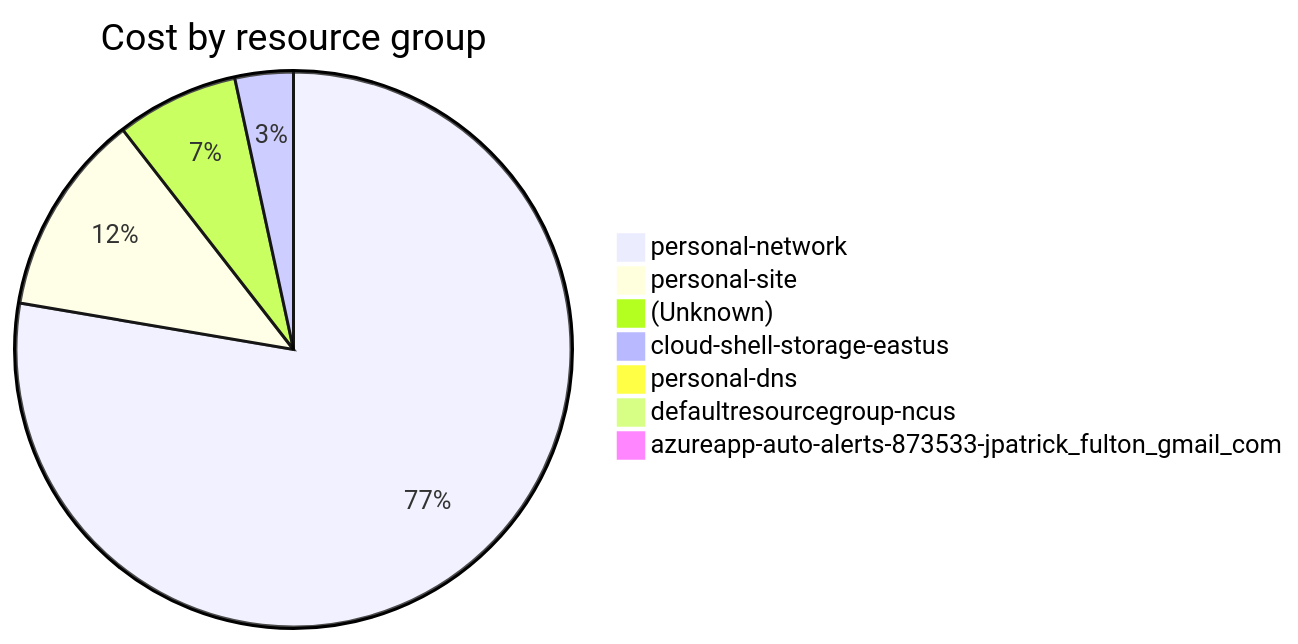
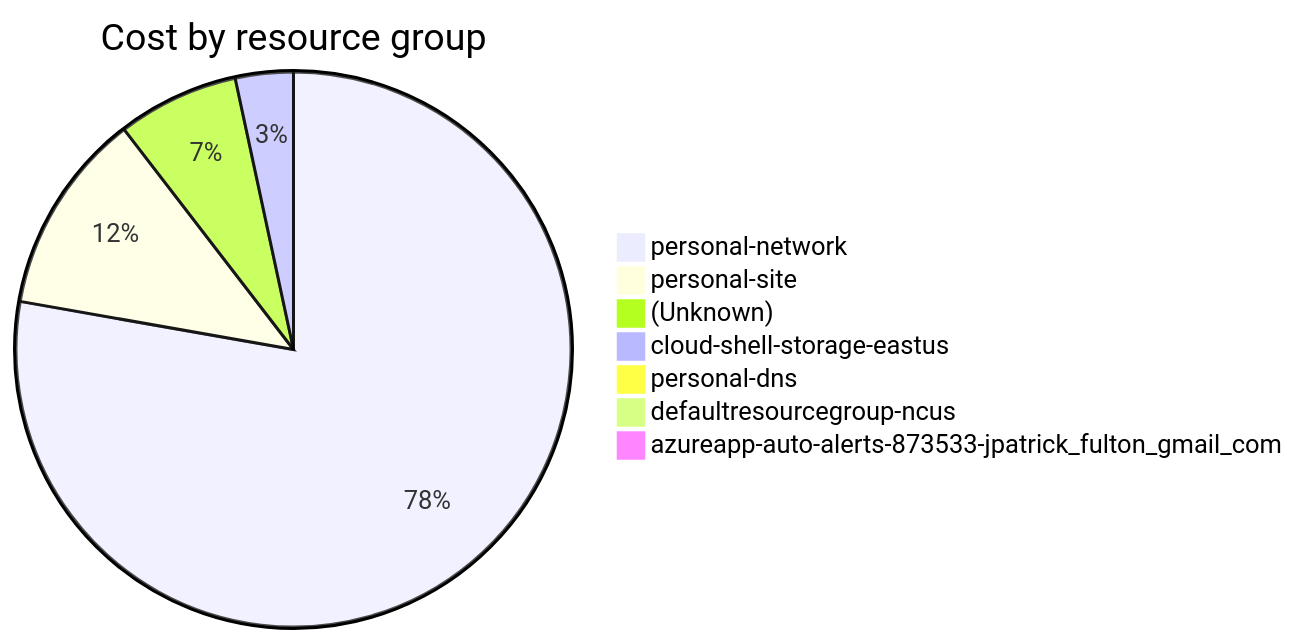
One commit to jpfulton/azure-personal-reports changed the fourth of 4 diagrams in cost-reports/accumulated-cost.md. Above: the diagram before and after it, drawn with Mermaid. The commit also changed other lines of this file and 3 other files, not shown here.

````diff
--- a/cost-reports/accumulated-cost.md
+++ b/cost-reports/accumulated-cost.md
@@ -159,11 +159,11 @@
 ```mermaid
 pie
    title Cost by resource group
-   "personal-network" : 126.79
-   "personal-site" : 19.28
+   "personal-network" : 127.82
+   "personal-site" : 19.37
    "(Unknown)" : 11.62
    "cloud-shell-storage-eastus" : 5.54
    "personal-dns" : 0.47
    "defaultresourcegroup-ncus" : 0.00
    "azureapp-auto-alerts-873533-jpatrick_fulton_gmail_com" : 0.00
 ```
````
